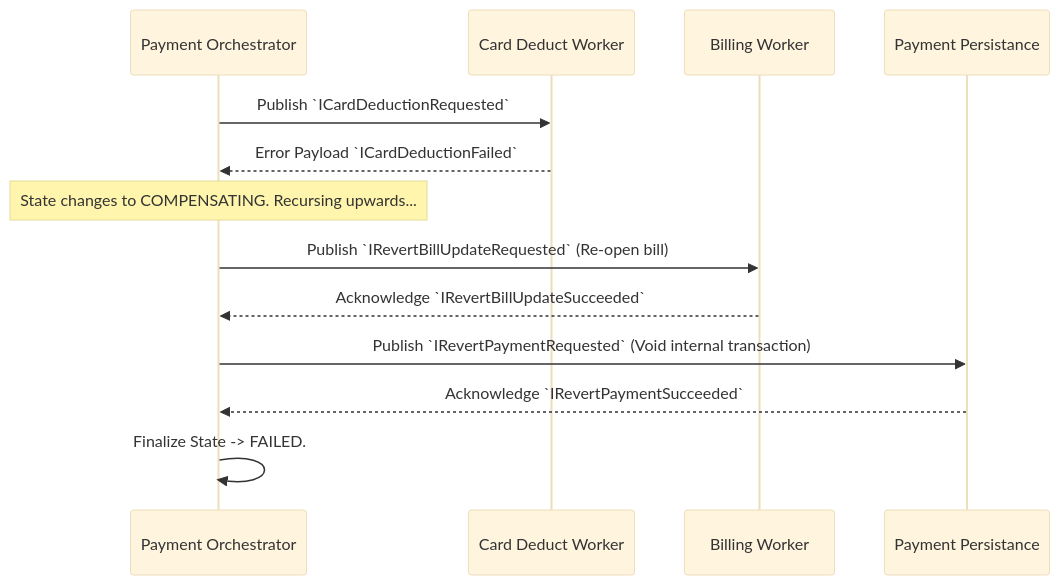
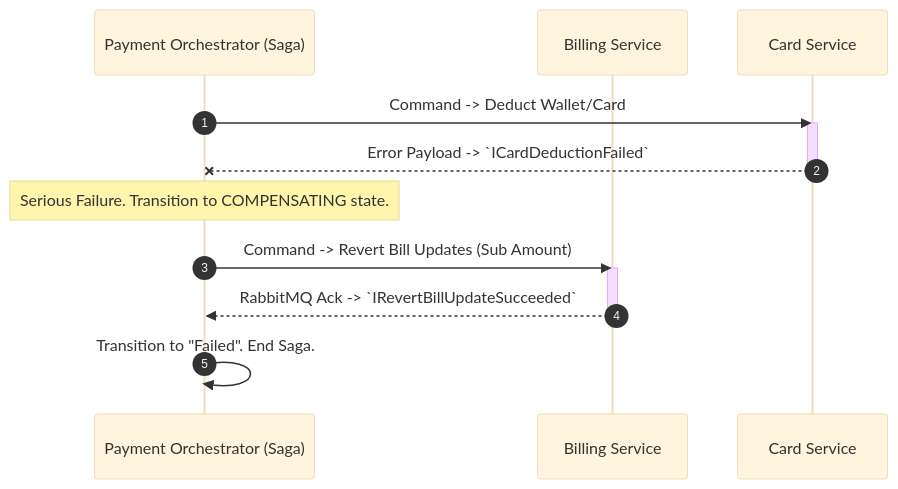
One commit to TirtharajBarma/cred-vault changed the seventh of 13 diagrams in src/docs/LLD.md. Above: the diagram before and after it, drawn with Mermaid (base theme). The commit also changed other lines of this file and 102 other files, not shown here.

````diff
--- a/src/docs/LLD.md
+++ b/src/docs/LLD.md
@@ -452,20 +318,21 @@
 ```mermaid
 sequenceDiagram
-    participant PA as Payment Orchestrator
-    participant CA as Card Deduct Worker
-    participant BI as Billing Worker
-    participant PR as Payment Persistance
+    autonumber
+    participant PA as Payment Orchestrator (Saga)
+    participant BI as Billing Service
+    participant CA as Card Service
 
-    PA->>CA: Publish `ICardDeductionRequested`
-    CA-->>PA: Error Payload `ICardDeductionFailed`
+    PA->>CA: Command -> Deduct Wallet/Card
+    activate CA
+    CA--XPA: Error Payload -> `ICardDeductionFailed`
+    deactivate CA
 
-    Note over PA: State changes to COMPENSATING. Recursing upwards...
+    Note over PA: Serious Failure. Transition to COMPENSATING state.
 
-    PA->>BI: Publish `IRevertBillUpdateRequested` (Re-open bill)
-    BI-->>PA: Acknowledge `IRevertBillUpdateSucceeded`
-    
-    PA->>PR: Publish `IRevertPaymentRequested` (Void internal transaction)
-    PR-->>PA: Acknowledge `IRevertPaymentSucceeded`
+    PA->>BI: Command -> Revert Bill Updates (Sub Amount)
+    activate BI
+    BI-->>PA: RabbitMQ Ack -> `IRevertBillUpdateSucceeded`
+    deactivate BI
 
-    PA->>PA: Finalize State -> FAILED.
+    PA->>PA: Transition to "Failed". End Saga.
 ```
````
